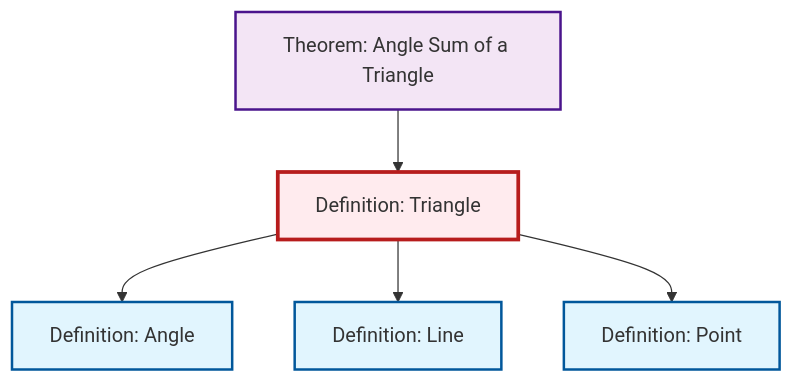
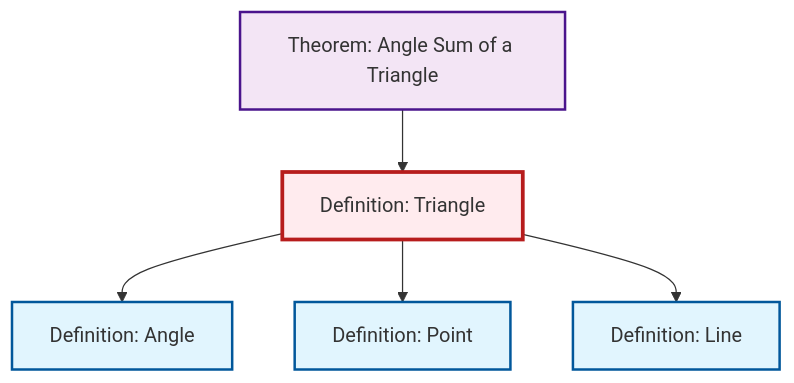
Before and after one commit to RK0429/ModernMath: the diagram in content/en/geometry/def-triangle.qmd, drawn with Mermaid. The commit also changed other lines of this file and 554 other files, not shown here.

````diff
--- a/content/en/geometry/def-triangle.qmd
+++ b/content/en/geometry/def-triangle.qmd
@@ -59,23 +59,23 @@
 ```{mermaid}
 %%| fig-cap: "Local dependency graph"
 graph TD
     classDef definition fill:#e1f5fe,stroke:#01579b,stroke-width:2px
     classDef theorem fill:#f3e5f5,stroke:#4a148c,stroke-width:2px
     classDef axiom fill:#fff3e0,stroke:#e65100,stroke-width:2px
     classDef example fill:#e8f5e9,stroke:#1b5e20,stroke-width:2px
     classDef current fill:#ffebee,stroke:#b71c1c,stroke-width:3px
     def-line["Definition: Line"]:::definition
+    def-triangle["Definition: Triangle"]:::definition
+    def-point["Definition: Point"]:::definition
+    thm-angle-sum-triangle["Theorem: Angle Sum of a Triangle"]:::theorem
     def-angle["Definition: Angle"]:::definition
-    thm-angle-sum-triangle["Theorem: Angle Sum of a Triangle"]:::theorem
-    def-point["Definition: Point"]:::definition
-    def-triangle["Definition: Triangle"]:::definition
+    def-triangle --> def-angle
+    def-triangle --> def-point
     thm-angle-sum-triangle --> def-triangle
-    def-triangle --> def-angle
     def-triangle --> def-line
-    def-triangle --> def-point
     class def-triangle current
     click def-line "def-line.html" "Go to Line definition"
+    click def-point "def-point.html" "Go to Point definition"
+    click thm-angle-sum-triangle "thm-angle-sum-triangle.html" "Go to Angle Sum of a Triangle theorem"
     click def-angle "def-angle.html" "Go to Angle definition"
-    click thm-angle-sum-triangle "thm-angle-sum-triangle.html" "Go to Angle Sum of a Triangle theorem"
-    click def-point "def-point.html" "Go to Point definition"
 ```
````
